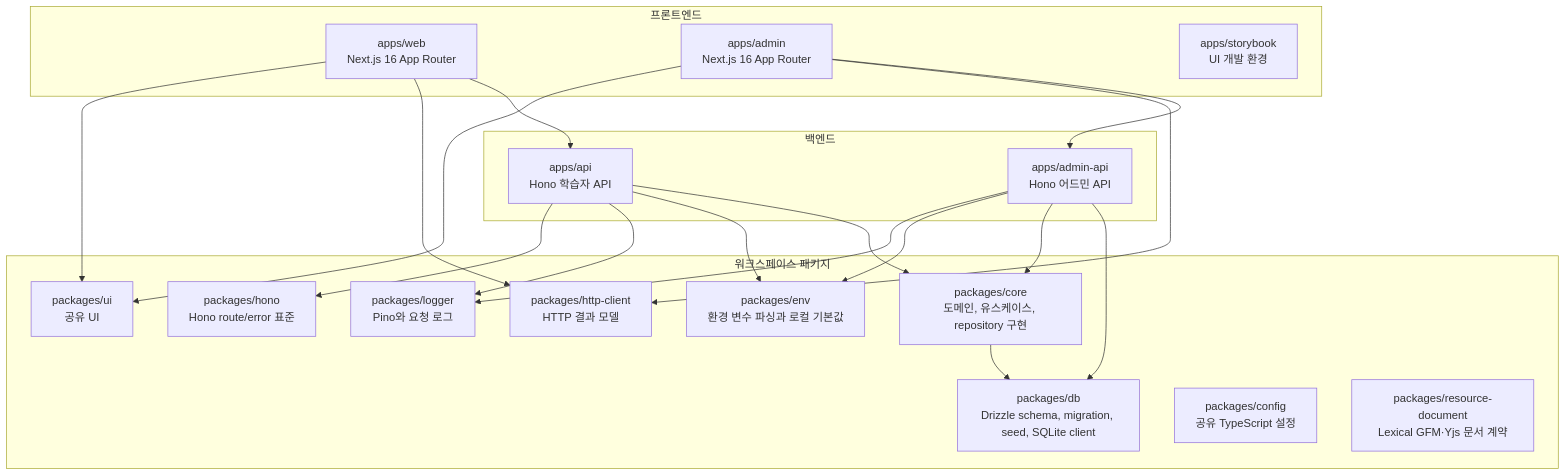
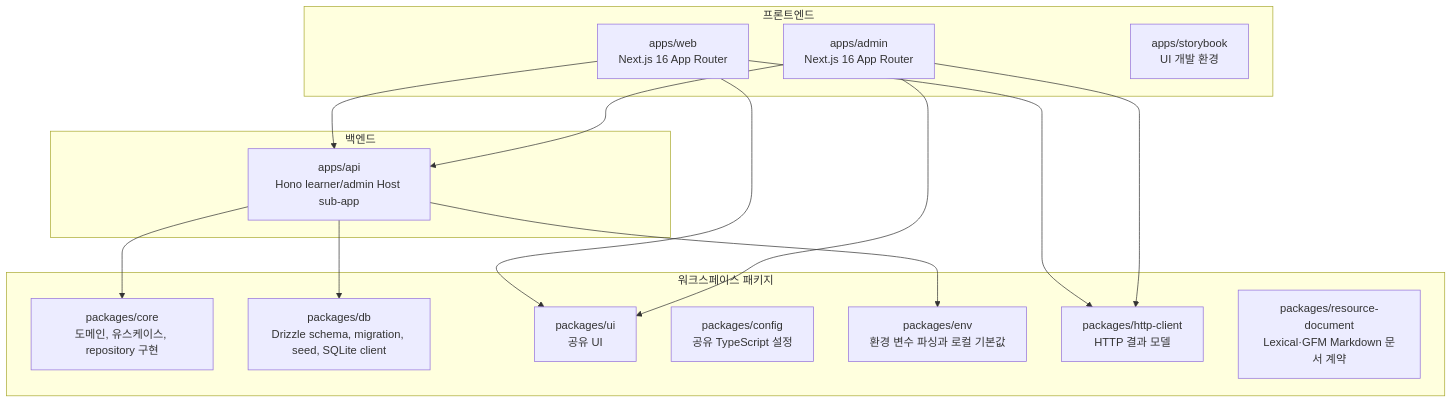
The second of 2 diagrams in docs/engineering/system-overview.md (qaws7791/writing-app), drawn with Mermaid before and after one commit. The commit also changed other lines of this file and 617 other files, not shown here.

````diff
--- a/docs/engineering/system-overview.md
+++ b/docs/engineering/system-overview.md
@@ -35,41 +36,32 @@
 ```mermaid
 flowchart TB
   subgraph frontend["프론트엔드"]
     web["apps/web\nNext.js 16 App Router"]
     admin["apps/admin\nNext.js 16 App Router"]
     storybook["apps/storybook\nUI 개발 환경"]
   end
 
   subgraph backend["백엔드"]
-    api["apps/api\nHono 학습자 API"]
-    adminApi["apps/admin-api\nHono 어드민 API"]
+    api["apps/api\nHono learner/admin Host sub-app"]
   end
 
   subgraph packages["워크스페이스 패키지"]
     core["packages/core\n도메인, 유스케이스, repository 구현"]
     dbpkg["packages/db\nDrizzle schema, migration, seed, SQLite client"]
     ui["packages/ui\n공유 UI"]
     config["packages/config\n공유 TypeScript 설정"]
-    hono["packages/hono\nHono route/error 표준"]
     env["packages/env\n환경 변수 파싱과 로컬 기본값"]
-    logger["packages/logger\nPino와 요청 로그"]
     httpClient["packages/http-client\nHTTP 결과 모델"]
-    resourceDocument["packages/resource-document\nLexical GFM·Yjs 문서 계약"]
+    resourceDocument["packages/resource-document\nLexical·GFM Markdown 문서 계약"]
   end
 
   web --> ui
   web --> httpClient
   web --> api
   admin --> ui
   admin --> httpClient
-  admin --> adminApi
-  api --> hono
-  api --> logger
+  admin --> api
   api --> env
   api --> core
-  adminApi --> logger
-  adminApi --> env
-  adminApi --> core
-  adminApi --> dbpkg
-  core --> dbpkg
+  api --> dbpkg
 ```
````
